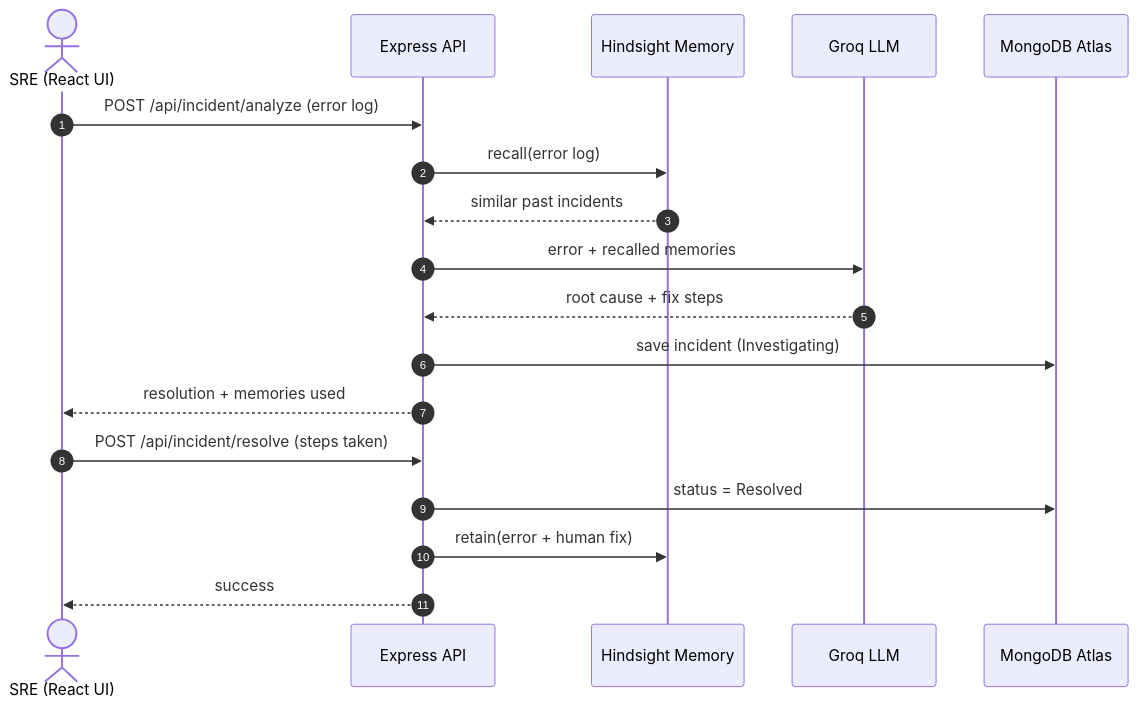
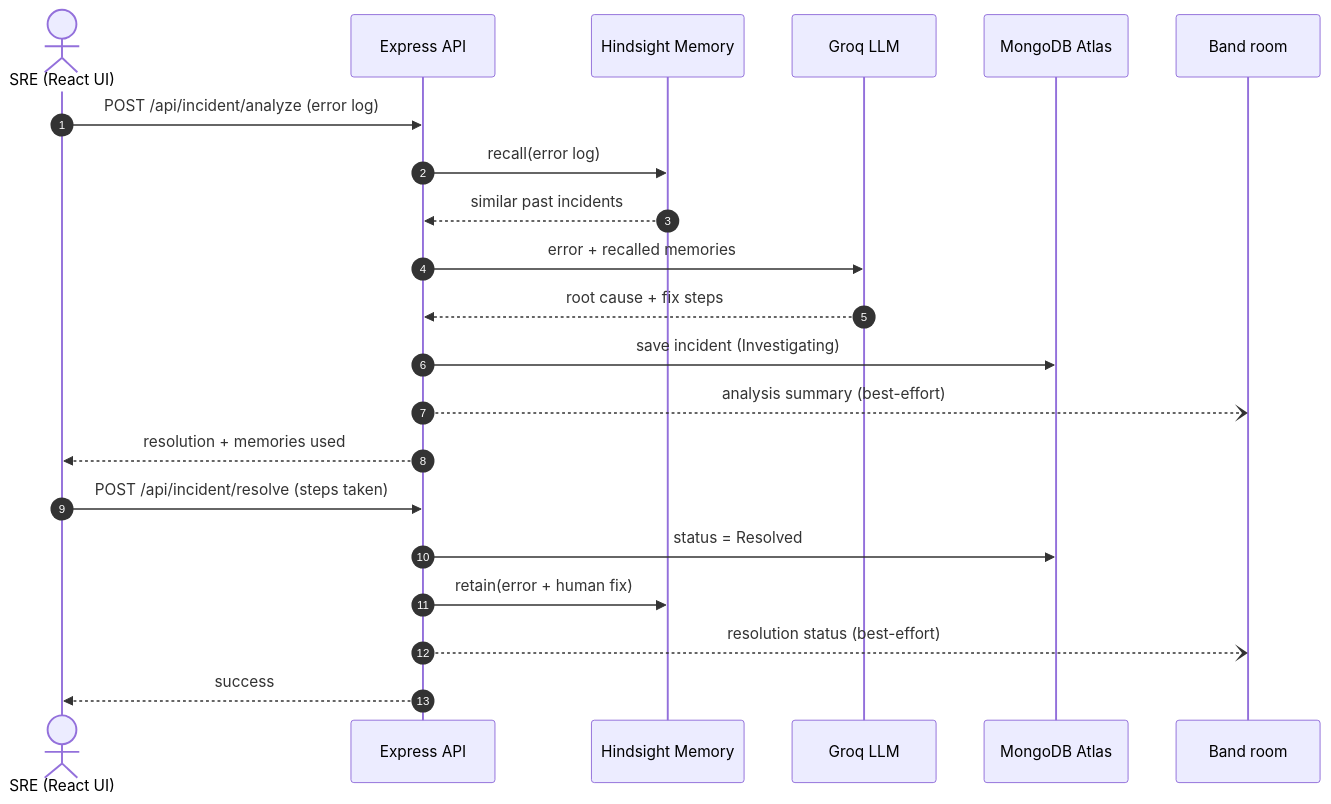
One commit to ompaul6767-ctrl/OpsRecall changed the diagram in README.md. Above: the diagram before and after it, drawn with Mermaid. The commit also changed other lines of this file and 1 other file, not shown here.

````diff
--- a/README.md
+++ b/README.md
@@ -50,22 +79,25 @@
 ```mermaid
 sequenceDiagram
     autonumber
     actor SRE as SRE (React UI)
     participant API as Express API
     participant HS as Hindsight Memory
     participant LLM as Groq LLM
     participant DB as MongoDB Atlas
+    participant BAND as Band room
 
     SRE->>API: POST /api/incident/analyze (error log)
     API->>HS: recall(error log)
     HS-->>API: similar past incidents
     API->>LLM: error + recalled memories
     LLM-->>API: root cause + fix steps
     API->>DB: save incident (Investigating)
+    API--)BAND: analysis summary (best-effort)
     API-->>SRE: resolution + memories used
 
     SRE->>API: POST /api/incident/resolve (steps taken)
     API->>DB: status = Resolved
     API->>HS: retain(error + human fix)
+    API--)BAND: resolution status (best-effort)
     API-->>SRE: success
 ```
````
